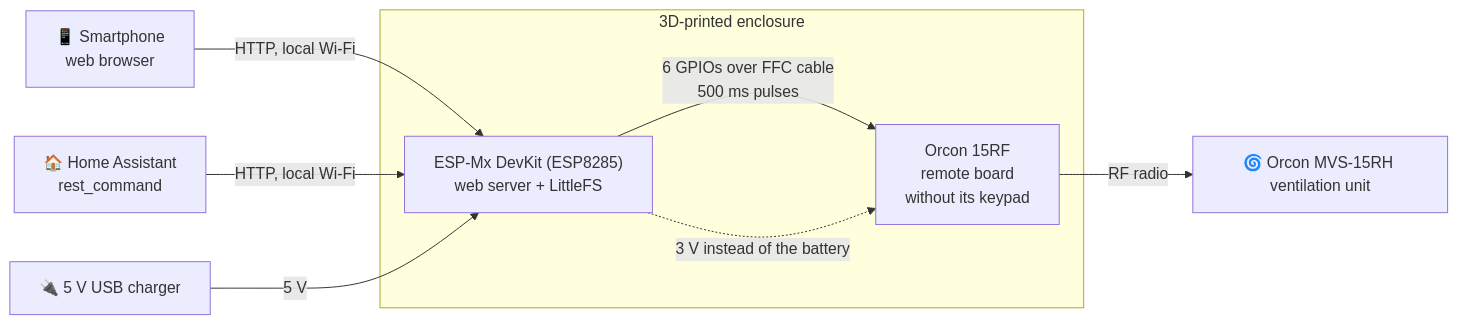
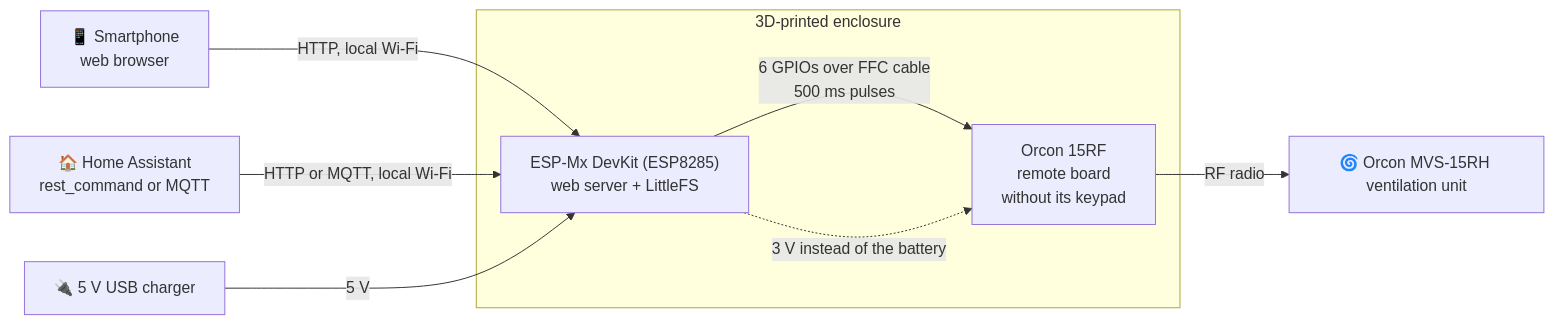
Before and after one commit to fred2u/VMC-Controller: the diagram in README.md, drawn with Mermaid. The commit also changed other lines of this file and 11 other files, not shown here.

````diff
--- a/README.md
+++ b/README.md
@@ -36,20 +36,20 @@
 ```mermaid
 flowchart LR
     phone["📱 Smartphone<br/>web browser"]
-    ha["🏠 Home Assistant<br/>rest_command"]
+    ha["🏠 Home Assistant<br/>rest_command or MQTT"]
     usb["🔌 5 V USB charger"]
 
     subgraph box["3D-printed enclosure"]
         esp["ESP-Mx DevKit (ESP8285)<br/>web server + LittleFS"]
         remote["Orcon 15RF<br/>remote board<br/>without its keypad"]
     end
 
     vmc["🌀 Orcon MVS-15RH ventilation unit"]
 
     phone -- "HTTP, local Wi-Fi" --> esp
-    ha -- "HTTP, local Wi-Fi" --> esp
+    ha -- "HTTP or MQTT, local Wi-Fi" --> esp
     usb -- "5 V" --> esp
     esp -- "6 GPIOs over FFC cable<br/>500 ms pulses" --> remote
     esp -. "3 V instead of the battery" .-> remote
     remote -- "RF radio" --> vmc
 ```
````
